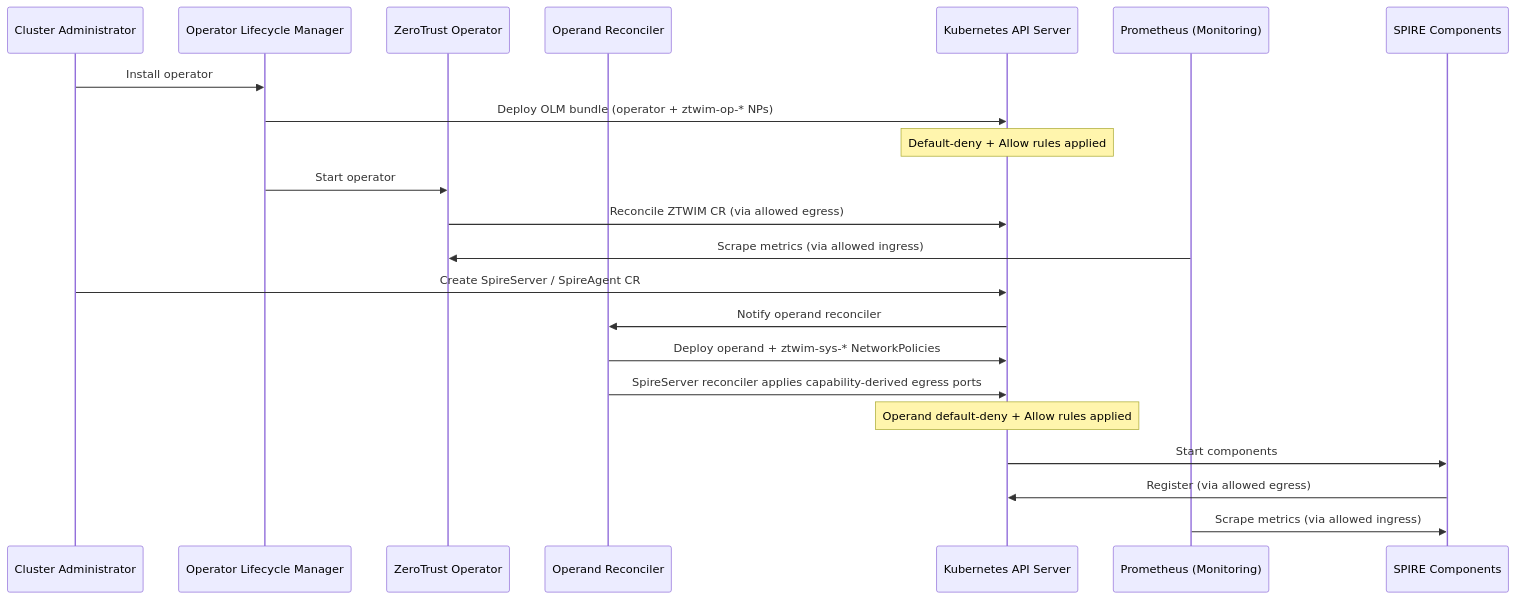
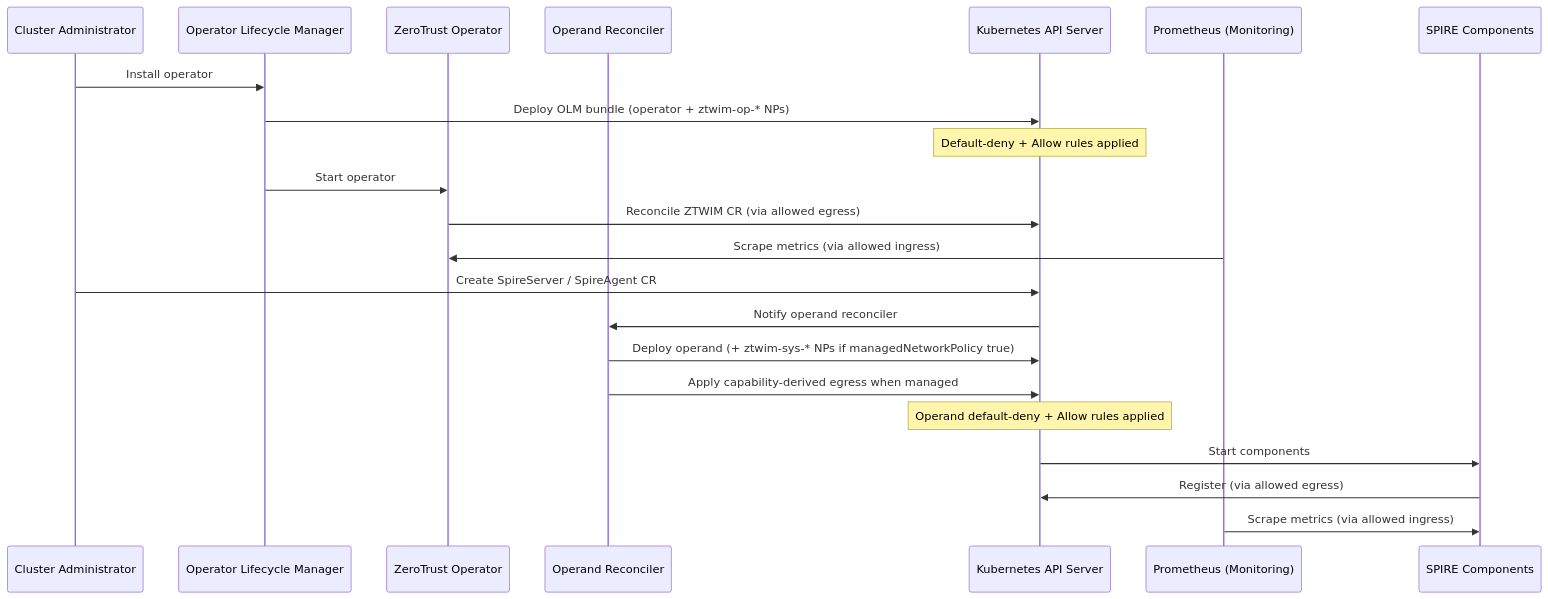
One commit to openshift/enhancements changed the diagram in enhancements/workload-identity-management/zero-trust-workload-identity-manager-network-policies.md. Above: the diagram before and after it, drawn with Mermaid. The commit also changed other lines of this file, not shown here.

First line of the commit message:
Document per-operand managedNetworkPolicy and structured NP status.

````diff
--- a/enhancements/workload-identity-management/zero-trust-workload-identity-manager-network-policies.md
+++ b/enhancements/workload-identity-management/zero-trust-workload-identity-manager-network-policies.md
@@ -322,26 +330,26 @@
 ```mermaid
 sequenceDiagram
     participant Admin as Cluster Administrator
     participant OLM as Operator Lifecycle Manager
     participant Op as ZeroTrust Operator
     participant Recon as Operand Reconciler
     participant K8s as Kubernetes API Server
     participant Mon as Prometheus (Monitoring)
     participant SPIRE as SPIRE Components
 
     Admin->>OLM: Install operator
     OLM->>K8s: Deploy OLM bundle (operator + ztwim-op-* NPs)
     Note over K8s: Default-deny + Allow rules applied
     OLM->>Op: Start operator
     Op->>K8s: Reconcile ZTWIM CR (via allowed egress)
     Mon->>Op: Scrape metrics (via allowed ingress)
 
     Admin->>K8s: Create SpireServer / SpireAgent CR
     K8s->>Recon: Notify operand reconciler
-    Recon->>K8s: Deploy operand + ztwim-sys-* NetworkPolicies
-    Recon->>K8s: SpireServer reconciler applies capability-derived egress ports
+    Recon->>K8s: Deploy operand (+ ztwim-sys-* NPs if managedNetworkPolicy true)
+    Recon->>K8s: Apply capability-derived egress when managed
     Note over K8s: Operand default-deny + Allow rules applied
     K8s->>SPIRE: Start components
     SPIRE->>K8s: Register (via allowed egress)
     Mon->>SPIRE: Scrape metrics (via allowed ingress)
 ```
````
